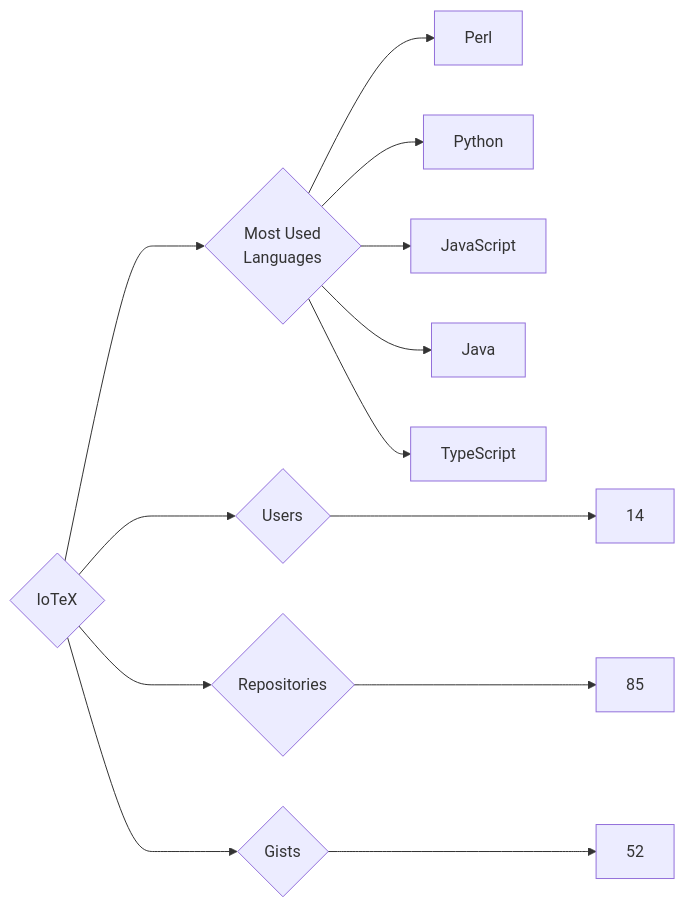
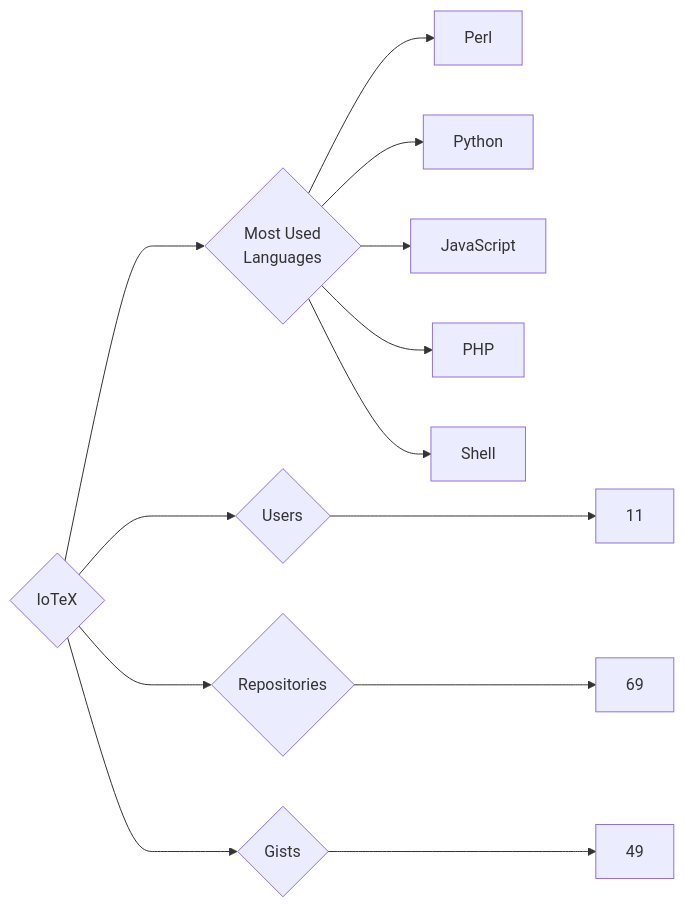
The diagram in targets/IoTeX/README.md (trickest/insiders), drawn with Mermaid before and after one commit. The commit also changed 873 other files, not shown here.

````diff
--- a/targets/IoTeX/README.md
+++ b/targets/IoTeX/README.md
@@ -3,13 +3,13 @@
 ```mermaid
 graph LR
 COMPANY_NAME{IoTeX}
-COMPANY_NAME ---> U{Users} ---> UN[14]
-COMPANY_NAME ---> R{Repositories} ---> RN[85]
-COMPANY_NAME ---> G{Gists} ---> GN[52]
+COMPANY_NAME ---> U{Users} ---> UN[11]
+COMPANY_NAME ---> R{Repositories} ---> RN[69]
+COMPANY_NAME ---> G{Gists} ---> GN[49]
 COMPANY_NAME ---> ML{Most Used<br>Languages}
 ML --> Perl[Perl]
 ML --> Python[Python]
 ML --> JavaScript[JavaScript]
-ML --> Java[Java]
-ML --> TypeScript[TypeScript]
+ML --> PHP[PHP]
+ML --> Shell[Shell]
 ```
````
